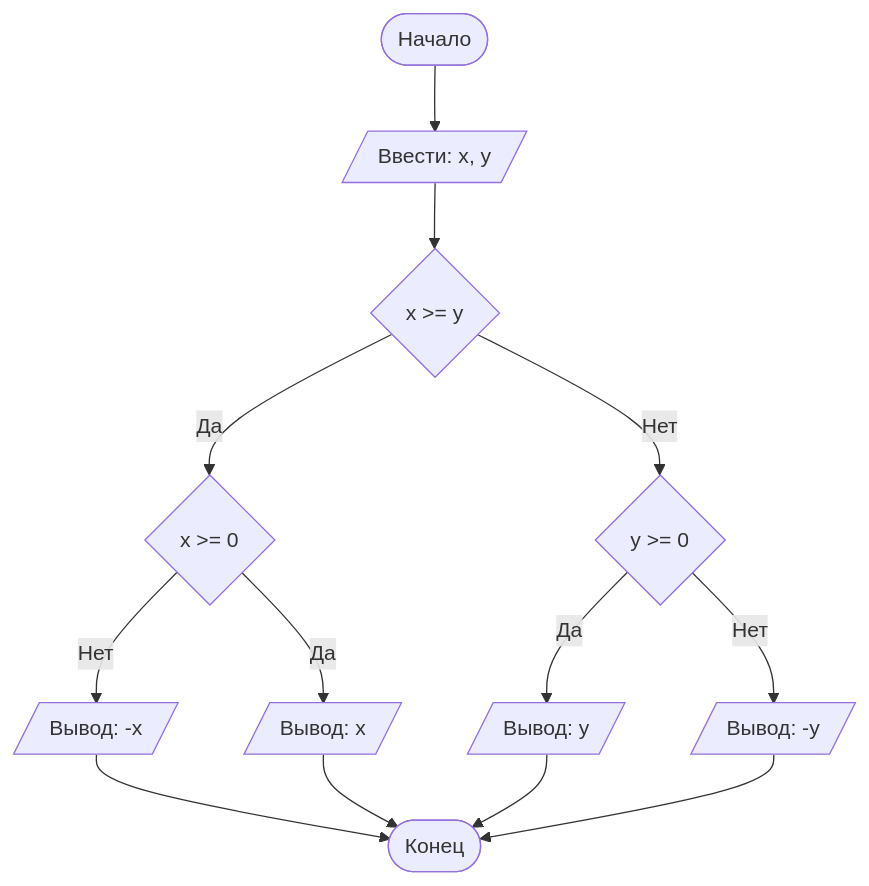
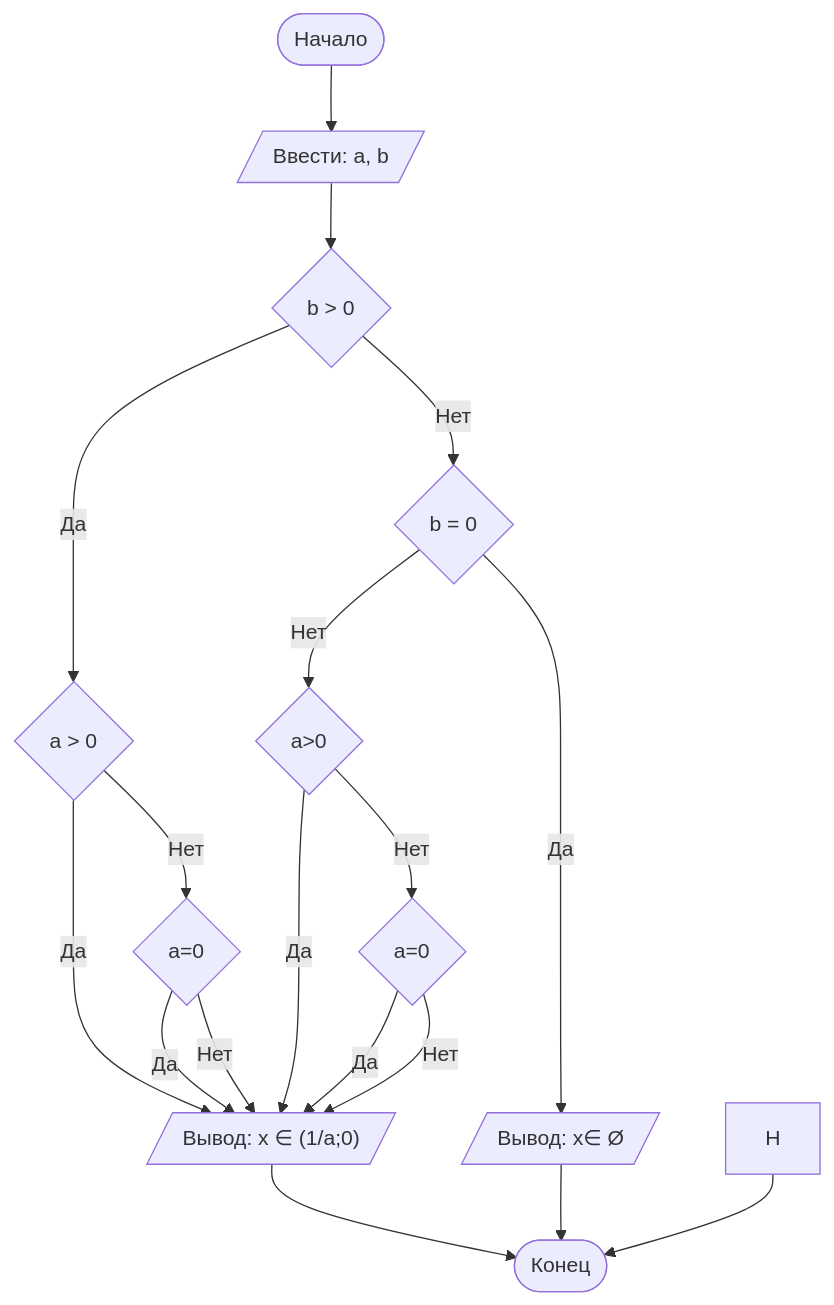
Before and after one commit to katya-shlyard/Lab1: the diagram in README.md, drawn with Mermaid. The commit also changed other lines of this file, not shown here.

````diff
--- a/README.md
+++ b/README.md
@@ -92,16 +83,21 @@
 ```mermaid
 graph TD
-    A([Начало]) --> B[/Ввести: x, y/]
-    B --> C{x >= y}
-    C -- Нет --> D{y >= 0}
-    D -- Нет --> E[/Вывод: -y/]
-    D -- Да --> H[/Вывод: y/]
-    C -- Да --> I{x >= 0}
-    I -- Нет --> J[/Вывод: -x/]
-    I -- Да --> K[/Вывод: x/]
-    J --> Z
+    A([Начало]) --> B[/Ввести: a, b/]
+    B --> C{b > 0}
+    C -- Да --> D{a > 0}
+    D -- Да --> E[/"Вывод: x ∈ (0;1/a)"/]
+    D -- Нет --> S{a=0}
+    S -- Да --> E[/"Вывод: x ∈ (0; +∞)"/]
+    S -- Нет --> E[/"Вывод: x ∈ (-∞;1/a) ⋃ (0;+∞)"/]
+    C -- Нет --> I{b = 0}
+    I -- Нет --> J{a>0}
+    I -- Да --> K[/Вывод: x∈ Ø/]
+    J -- Да --> E[/"Вывод: x ∈ (-∞;0) ⋃ (1/a;+∞)"/]
+    J -- Нет --> M{a=0}
+    M -- Да --> E[/"Вывод: x ∈ (-∞;0)"/]
+    M -- Нет --> E[/"Вывод: x ∈ (1/a;0)"/]
     K --> Z
     H --> Z
     E --> Z([Конец])
 
 ```
````
